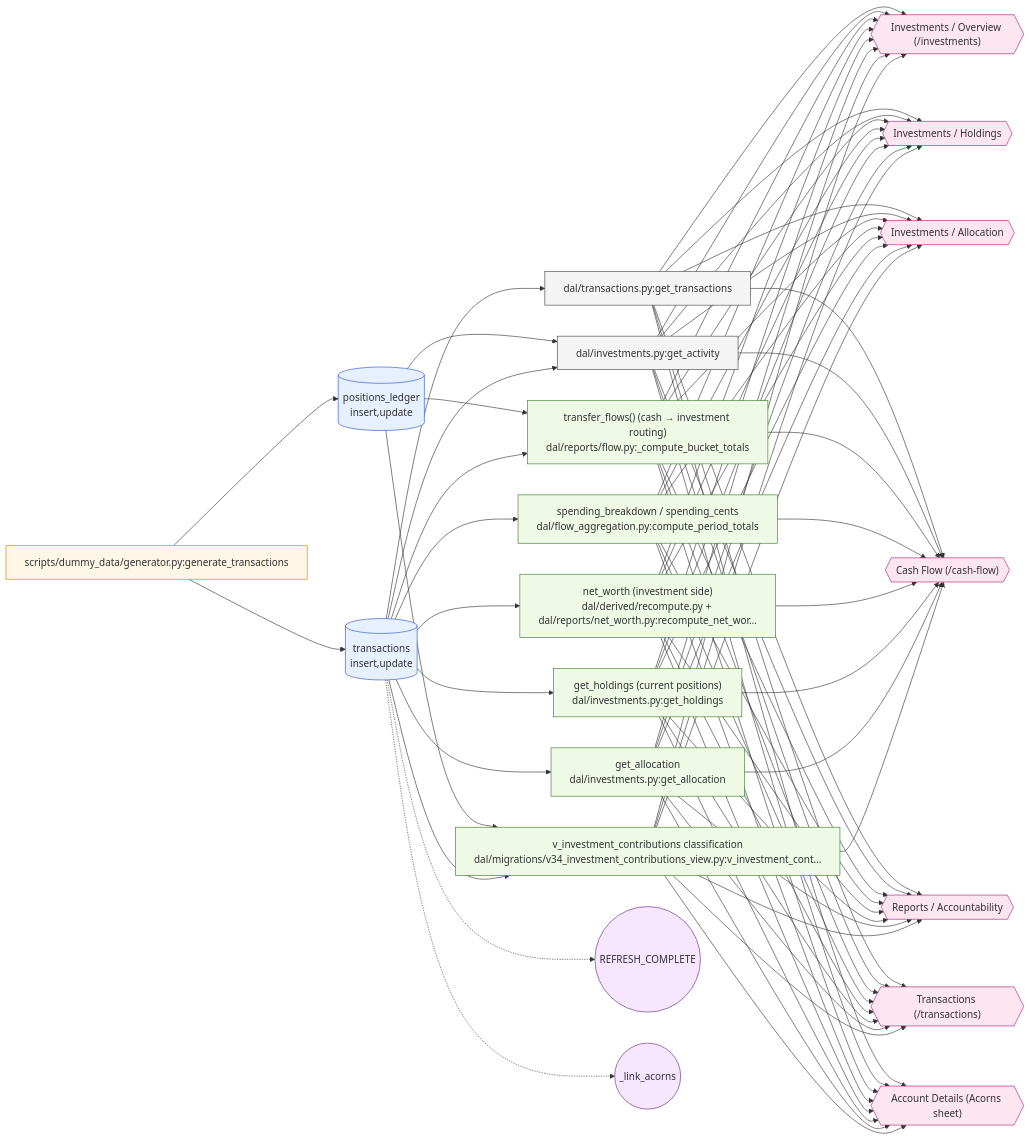
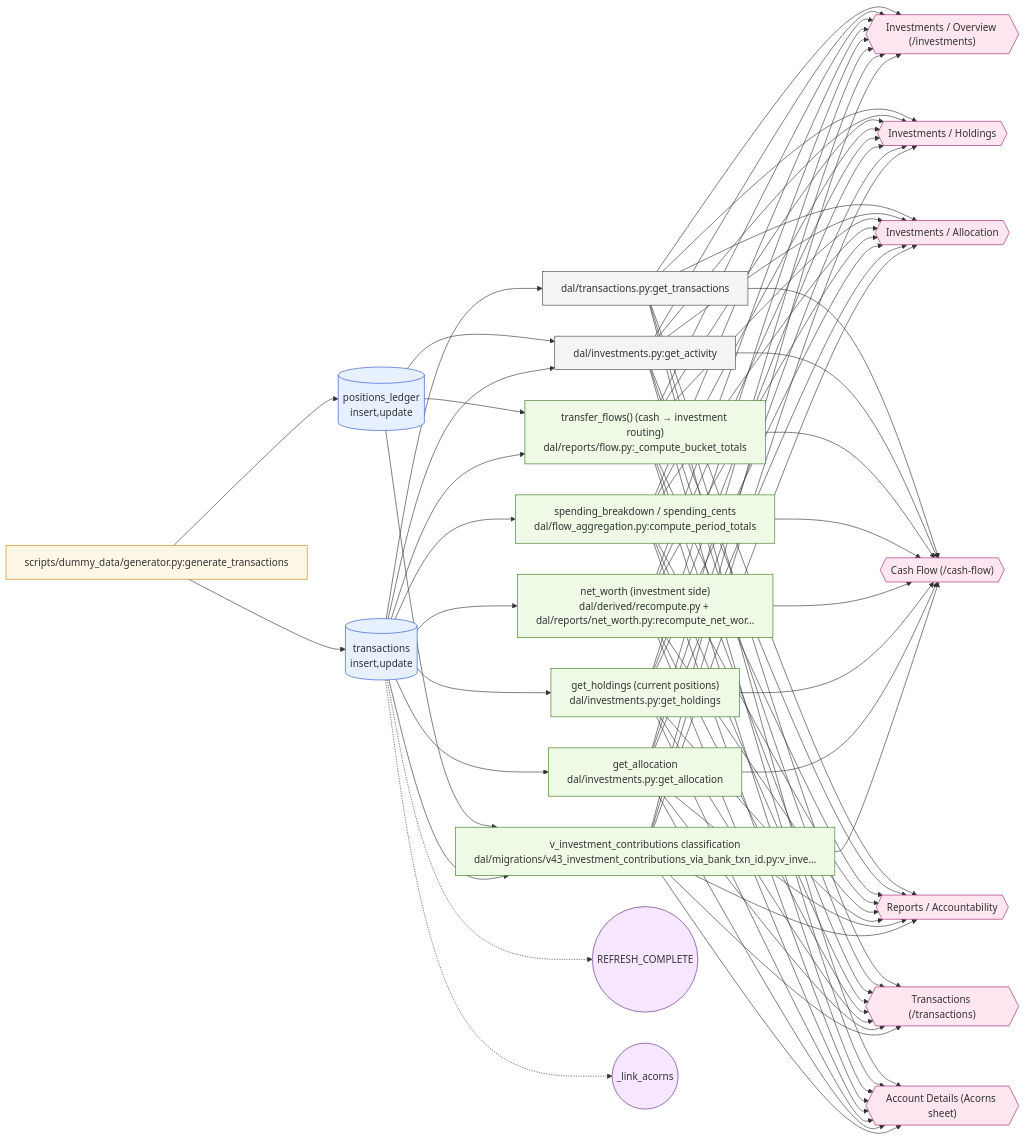
Before and after one commit to wileyqe/Sentry-Finance: the diagram in docs/data-lineage/diagrams/investment_contribution.mmd, drawn with Mermaid. The commit also changed 36 other files, not shown here.

```diff
--- a/docs/data-lineage/diagrams/investment_contribution.mmd
+++ b/docs/data-lineage/diagrams/investment_contribution.mmd
@@ -1,108 +1,108 @@
 %% Auto-generated by build_diagrams.py — do not edit by hand.
 %% Event: investment_contribution (class: user_action)
 %% Investment contribution (cash leg)
 graph LR
   origin["scripts/dummy_data/generator.py:generate_transactions"]
   tbl_transactions[("transactions<br/>insert,update")]
   origin --> tbl_transactions
   tbl_positions_ledger[("positions_ledger<br/>insert,update")]
   origin --> tbl_positions_ledger
   dc0_get_transactions["dal/transactions.py:get_transactions"]
   dc1_get_activity["dal/investments.py:get_activity"]
   dv0_transfer_flows_cash_investment_routing["transfer_flows() (cash → investment routing)<br/>dal/reports/flow.py:_compute_bucket_totals"]
   dv1_spending_breakdown_spending_cents["spending_breakdown / spending_cents<br/>dal/flow_aggregation.py:compute_period_totals"]
   dv2_net_worth_investment_side["net_worth (investment side)<br/>dal/derived/recompute.py + dal/reports/net_worth.py:recompute_net_wor…"]
   dv3_get_holdings_current_positions["get_holdings (current positions)<br/>dal/investments.py:get_holdings"]
   dv4_get_allocation["get_allocation<br/>dal/investments.py:get_allocation"]
-  dv5_v_investment_contributions_classification["v_investment_contributions classification<br/>dal/migrations/v34_investment_contributions_view.py:v_investment_cont…"]
+  dv5_v_investment_contributions_classification["v_investment_contributions classification<br/>dal/migrations/v43_investment_contributions_via_bank_txn_id.py:v_inve…"]
   tbl_transactions --> dc0_get_transactions
   tbl_positions_ledger --> dc1_get_activity
   tbl_transactions --> dc1_get_activity
   tbl_positions_ledger --> dv0_transfer_flows_cash_investment_routing
   tbl_transactions --> dv0_transfer_flows_cash_investment_routing
   tbl_transactions --> dv1_spending_breakdown_spending_cents
   tbl_transactions --> dv2_net_worth_investment_side
   tbl_transactions --> dv3_get_holdings_current_positions
   tbl_transactions --> dv4_get_allocation
   tbl_positions_ledger --> dv5_v_investment_contributions_classification
   tbl_transactions --> dv5_v_investment_contributions_classification
   ui0_Investments_Overview_investments{{"Investments / Overview (/investments)"}}
   ui1_Investments_Holdings{{"Investments / Holdings"}}
   ui2_Investments_Allocation{{"Investments / Allocation"}}
   ui3_Cash_Flow_cash_flow{{"Cash Flow (/cash-flow)"}}
   ui4_Reports_Accountability{{"Reports / Accountability"}}
   ui5_Transactions_transactions{{"Transactions (/transactions)"}}
   ui6_Account_Details_Acorns_sheet{{"Account Details (Acorns sheet)"}}
   dc0_get_transactions --> ui0_Investments_Overview_investments
   dc1_get_activity --> ui0_Investments_Overview_investments
   dv0_transfer_flows_cash_investment_routing --> ui0_Investments_Overview_investments
   dv1_spending_breakdown_spending_cents --> ui0_Investments_Overview_investments
   dv2_net_worth_investment_side --> ui0_Investments_Overview_investments
   dv3_get_holdings_current_positions --> ui0_Investments_Overview_investments
   dv4_get_allocation --> ui0_Investments_Overview_investments
   dv5_v_investment_contributions_classification --> ui0_Investments_Overview_investments
   dc0_get_transactions --> ui1_Investments_Holdings
   dc1_get_activity --> ui1_Investments_Holdings
   dv0_transfer_flows_cash_investment_routing --> ui1_Investments_Holdings
   dv1_spending_breakdown_spending_cents --> ui1_Investments_Holdings
   dv2_net_worth_investment_side --> ui1_Investments_Holdings
   dv3_get_holdings_current_positions --> ui1_Investments_Holdings
   dv4_get_allocation --> ui1_Investments_Holdings
   dv5_v_investment_contributions_classification --> ui1_Investments_Holdings
   dc0_get_transactions --> ui2_Investments_Allocation
   dc1_get_activity --> ui2_Investments_Allocation
   dv0_transfer_flows_cash_investment_routing --> ui2_Investments_Allocation
   dv1_spending_breakdown_spending_cents --> ui2_Investments_Allocation
   dv2_net_worth_investment_side --> ui2_Investments_Allocation
   dv3_get_holdings_current_positions --> ui2_Investments_Allocation
   dv4_get_allocation --> ui2_Investments_Allocation
   dv5_v_investment_contributions_classification --> ui2_Investments_Allocation
   dc0_get_transactions --> ui3_Cash_Flow_cash_flow
   dc1_get_activity --> ui3_Cash_Flow_cash_flow
   dv0_transfer_flows_cash_investment_routing --> ui3_Cash_Flow_cash_flow
   dv1_spending_breakdown_spending_cents --> ui3_Cash_Flow_cash_flow
   dv2_net_worth_investment_side --> ui3_Cash_Flow_cash_flow
   dv3_get_holdings_current_positions --> ui3_Cash_Flow_cash_flow
   dv4_get_allocation --> ui3_Cash_Flow_cash_flow
   dv5_v_investment_contributions_classification --> ui3_Cash_Flow_cash_flow
   dc0_get_transactions --> ui4_Reports_Accountability
   dc1_get_activity --> ui4_Reports_Accountability
   dv0_transfer_flows_cash_investment_routing --> ui4_Reports_Accountability
   dv1_spending_breakdown_spending_cents --> ui4_Reports_Accountability
   dv2_net_worth_investment_side --> ui4_Reports_Accountability
   dv3_get_holdings_current_positions --> ui4_Reports_Accountability
   dv4_get_allocation --> ui4_Reports_Accountability
   dv5_v_investment_contributions_classification --> ui4_Reports_Accountability
   dc0_get_transactions --> ui5_Transactions_transactions
   dc1_get_activity --> ui5_Transactions_transactions
   dv0_transfer_flows_cash_investment_routing --> ui5_Transactions_transactions
   dv1_spending_breakdown_spending_cents --> ui5_Transactions_transactions
   dv2_net_worth_investment_side --> ui5_Transactions_transactions
   dv3_get_holdings_current_positions --> ui5_Transactions_transactions
   dv4_get_allocation --> ui5_Transactions_transactions
   dv5_v_investment_contributions_classification --> ui5_Transactions_transactions
   dc0_get_transactions --> ui6_Account_Details_Acorns_sheet
   dc1_get_activity --> ui6_Account_Details_Acorns_sheet
   dv0_transfer_flows_cash_investment_routing --> ui6_Account_Details_Acorns_sheet
   dv1_spending_breakdown_spending_cents --> ui6_Account_Details_Acorns_sheet
   dv2_net_worth_investment_side --> ui6_Account_Details_Acorns_sheet
   dv3_get_holdings_current_positions --> ui6_Account_Details_Acorns_sheet
   dv4_get_allocation --> ui6_Account_Details_Acorns_sheet
   dv5_v_investment_contributions_classification --> ui6_Account_Details_Acorns_sheet
   ex0_REFRESH_COMPLETE(("REFRESH_COMPLETE"))
   tbl_transactions -.-> ex0_REFRESH_COMPLETE
   ex1_link_acorns(("_link_acorns"))
   tbl_transactions -.-> ex1_link_acorns
 
   classDef origin fill:#fff7e6,stroke:#cc8400,stroke-width:1px;
   classDef table fill:#e6f0ff,stroke:#2952cc,stroke-width:1px;
   classDef consumer fill:#f4f4f4,stroke:#444,stroke-width:1px;
   classDef derivation fill:#eef9e6,stroke:#3d7a1f,stroke-width:1px;
   classDef ui fill:#fde6f0,stroke:#a5226f,stroke-width:1px;
   classDef effect fill:#f6e6ff,stroke:#5e2a82,stroke-width:1px;
   class origin origin;
   class tbl_transactions,tbl_positions_ledger table;
   class dc0_get_transactions,dc1_get_activity consumer;
   class dv0_transfer_flows_cash_investment_routing,dv1_spending_breakdown_spending_cents,dv2_net_worth_investment_side,dv3_get_holdings_current_positions,dv4_get_allocation,dv5_v_investment_contributions_classification derivation;
   class ui0_Investments_Overview_investments,ui1_Investments_Holdings,ui2_Investments_Allocation,ui3_Cash_Flow_cash_flow,ui4_Reports_Accountability,ui5_Transactions_transactions,ui6_Account_Details_Acorns_sheet ui;
   class ex0_REFRESH_COMPLETE,ex1_link_acorns effect;
```
